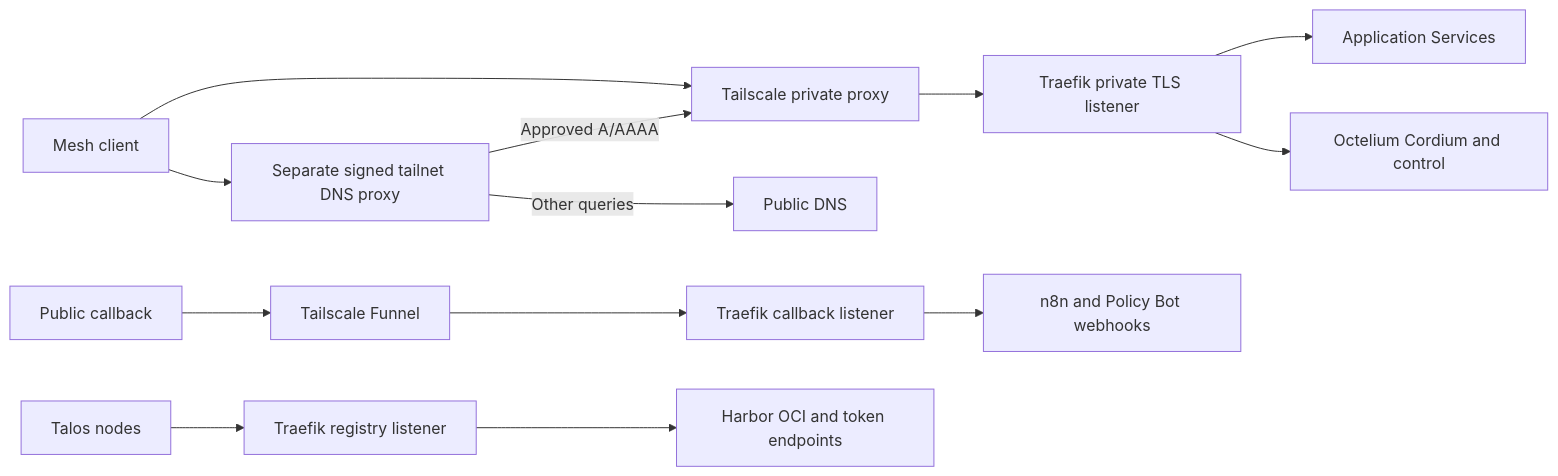
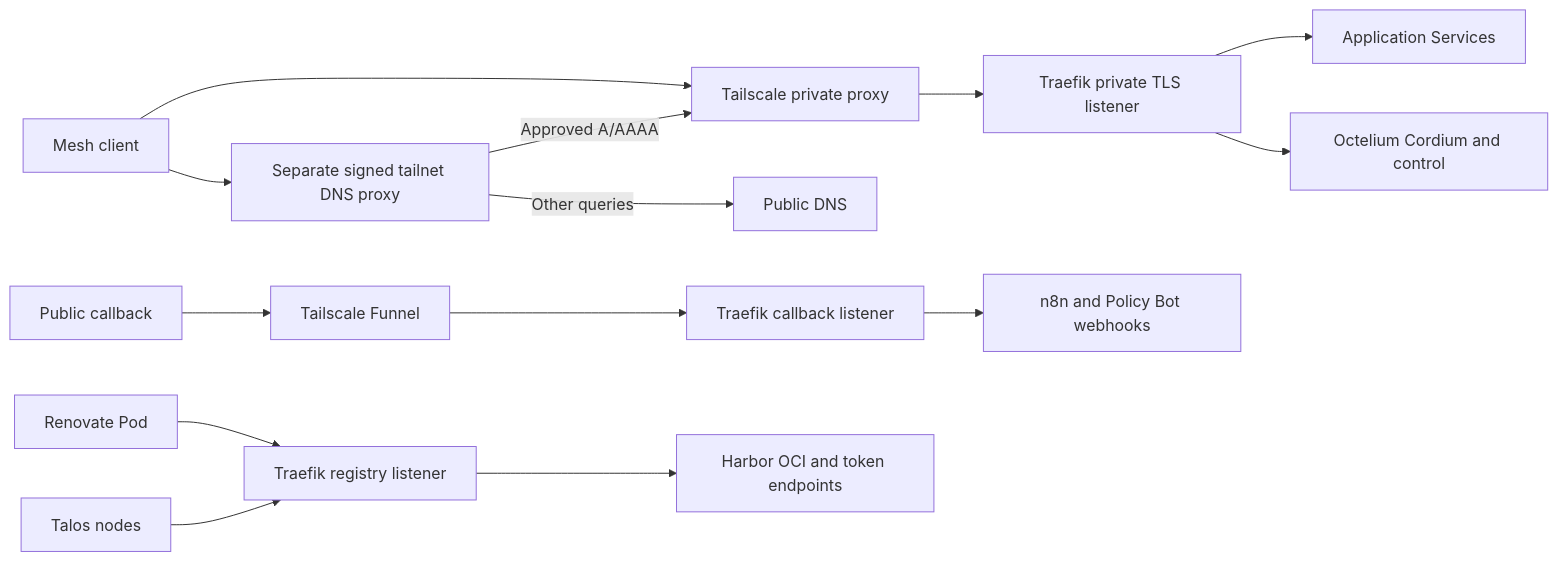
The diagram in openwiki/runbooks/tailnet-ingress.md (Stuhlmuller/homelab), drawn with Mermaid before and after one commit. The commit also changed other lines of this file and 15 other files, not shown here.

````diff
--- a/openwiki/runbooks/tailnet-ingress.md
+++ b/openwiki/runbooks/tailnet-ingress.md
@@ -88,15 +92,16 @@
 ```mermaid
 flowchart LR
     Client --> DNS[Separate signed tailnet DNS proxy]
     DNS -->|Approved A/AAAA| Private
     DNS -->|Other queries| PublicDNS[Public DNS]
     Client[Mesh client] --> Private[Tailscale private proxy]
     Private --> TLS[Traefik private TLS listener]
     TLS --> Apps[Application Services]
     TLS --> Cordium[Octelium Cordium and control]
     Public[Public callback] --> Funnel[Tailscale Funnel]
     Funnel --> HTTP[Traefik callback listener]
     HTTP --> Hooks[n8n and Policy Bot webhooks]
     Nodes[Talos nodes] --> Registry[Traefik registry listener]
+    Renovate[Renovate Pod] --> Registry
     Registry --> Harbor[Harbor OCI and token endpoints]
 ```
````
